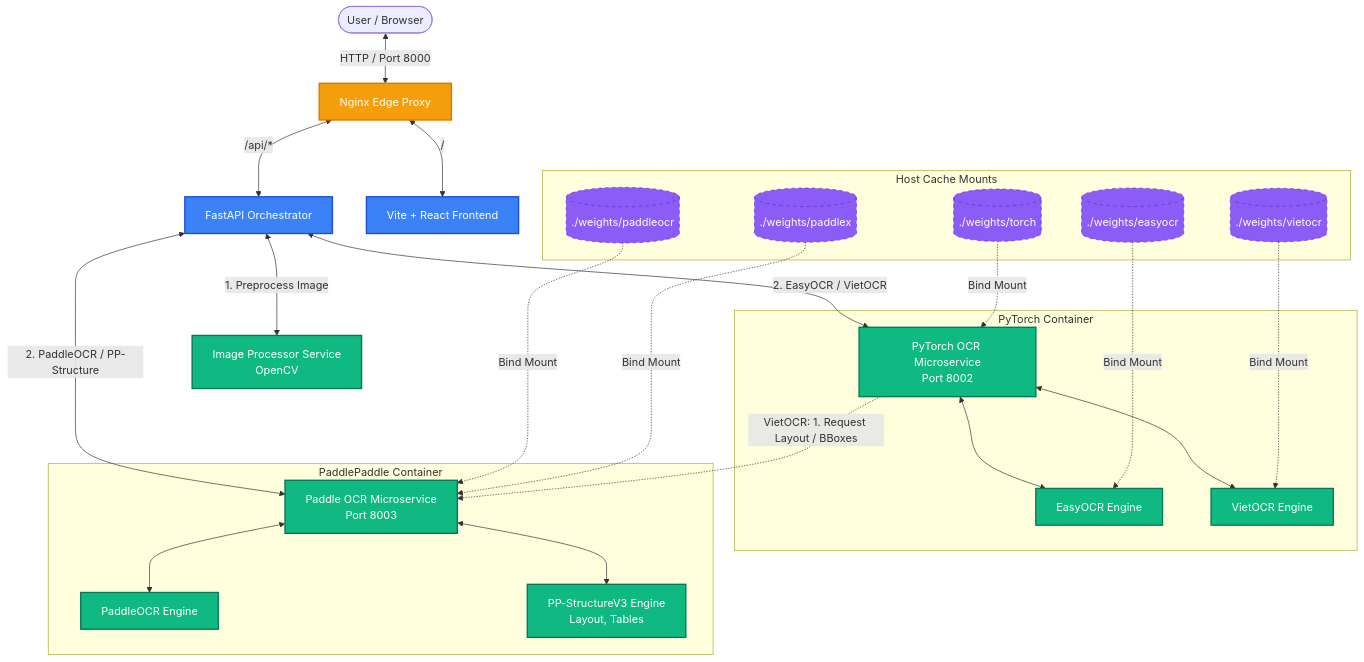
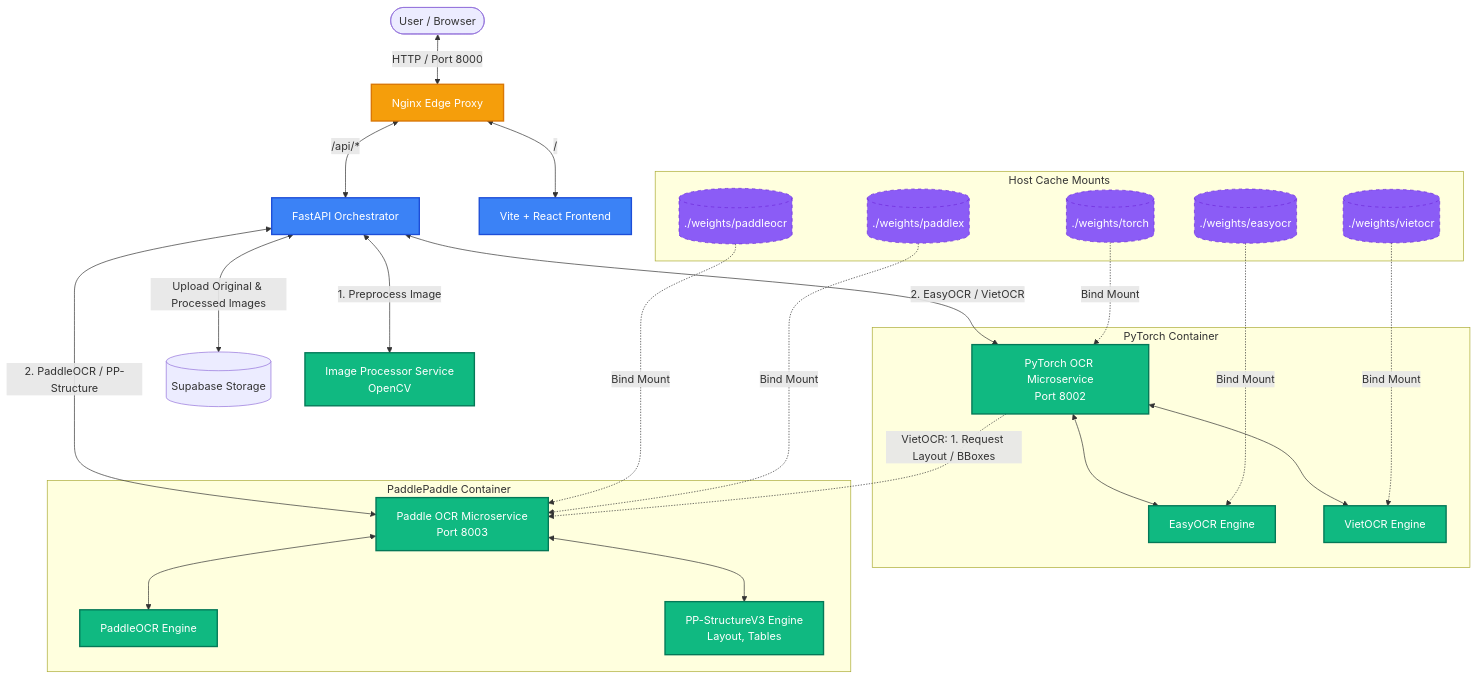
One commit to DucAnhishere/OCR-playground changed the first of 2 diagrams in README.md. Above: the diagram before and after it, drawn with Mermaid. The commit also changed other lines of this file and 19 other files, not shown here.

First line of the commit message:
Feat/refactor bff architecture (#1)

````diff
--- a/README.md
+++ b/README.md
@@ -37,47 +15,49 @@
 ```mermaid
 graph TD
     User([User / Browser]) <--> |HTTP / Port 8000| Nginx[Nginx Edge Proxy]
     
     Nginx <--> | / | FE[Vite + React Frontend]
     Nginx <--> | /api/* | BFF[FastAPI Orchestrator]
+    
+    BFF <--> |Upload Original & Processed Images| Supabase[(Supabase Storage)]
     
     BFF <--> |1. Preprocess Image| IMG[Image Processor Service<br/>OpenCV]
     BFF <--> |2. EasyOCR / VietOCR| PY[PyTorch OCR Microservice<br/>Port 8002]
     BFF <--> |2. PaddleOCR / PP-Structure| PD[Paddle OCR Microservice<br/>Port 8003]
     
     PY -.-> |VietOCR: 1. Request Layout / BBoxes| PD
     
     subgraph PyTorch [PyTorch Container]
         PY
         Easy[EasyOCR Engine]
         Viet[VietOCR Engine]
         PY <--> Easy
         PY <--> Viet
     end
     
     subgraph Paddle [PaddlePaddle Container]
         PD
         PaddleOCR[PaddleOCR Engine]
         Struct[PP-StructureV3 Engine<br/>Layout, Tables]
         PD <--> PaddleOCR
         PD <--> Struct
     end
     
     subgraph Weights [Host Cache Mounts]
         W_Easy[(./weights/easyocr)] -.-> |Bind Mount| Easy
         W_Viet[(./weights/vietocr)] -.-> |Bind Mount| Viet
         W_Torch[(./weights/torch)] -.-> |Bind Mount| PY
         W_Paddle[(./weights/paddleocr)] -.-> |Bind Mount| PD
         W_Paddlex[(./weights/paddlex)] -.-> |Bind Mount| PD
     end
     
     classDef main fill:#3b82f6,stroke:#1d4ed8,color:#fff,stroke-width:2px;
     classDef service fill:#10b981,stroke:#047857,color:#fff,stroke-width:2px;
     classDef proxy fill:#f59e0b,stroke:#d97706,color:#fff,stroke-width:2px;
     classDef mount fill:#8b5cf6,stroke:#6d28d9,color:#fff,stroke-width:1px,stroke-dasharray: 5 5;
     
     class FE,BFF main;
     class Nginx proxy;
     class PY,PD,IMG,Easy,Viet,PaddleOCR,Struct service;
     class W_Easy,W_Viet,W_Torch,W_Paddle,W_Paddlex mount;
 ```
````
